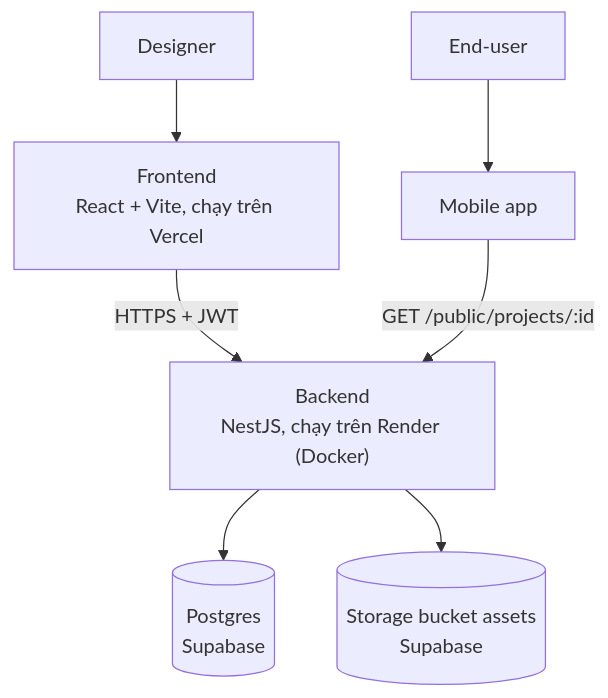
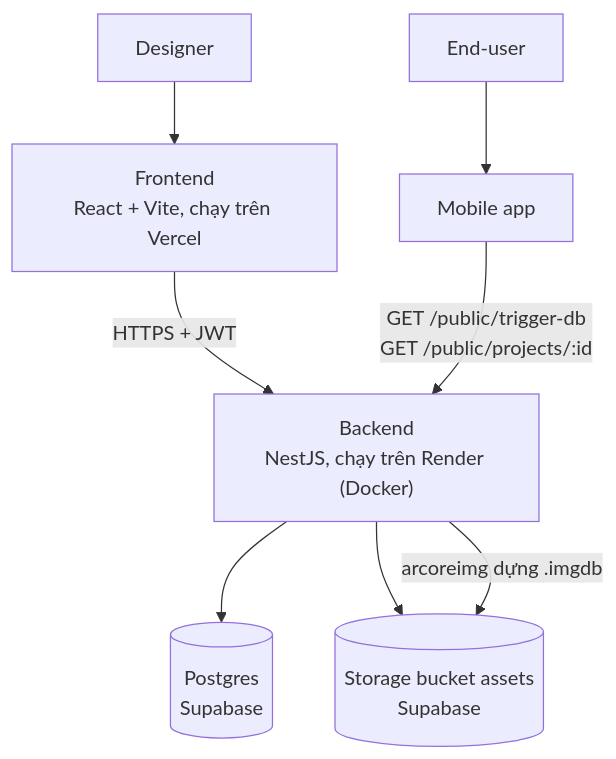
Before and after one commit to HaoKiet10/Augmented-Reality: the first of 2 diagrams in wiki/Architecture.md, drawn with Mermaid. The commit also changed other lines of this file and 11 other files, not shown here.

````diff
--- a/wiki/Architecture.md
+++ b/wiki/Architecture.md
@@ -10,9 +10,10 @@
 ```mermaid
 flowchart TD
     D["Designer"] --> FE["Frontend<br/>React + Vite, chạy trên Vercel"]
     FE -- "HTTPS + JWT" --> BE["Backend<br/>NestJS, chạy trên Render (Docker)"]
     BE --> DB[("Postgres<br/>Supabase")]
     BE --> ST[("Storage bucket assets<br/>Supabase")]
     U["End-user"] --> MB["Mobile app"]
-    MB -- "GET /public/projects/:id" --> BE
+    MB -- "GET /public/trigger-db<br/>GET /public/projects/:id" --> BE
+    BE -- "arcoreimg dựng .imgdb" --> ST
 ```
````
